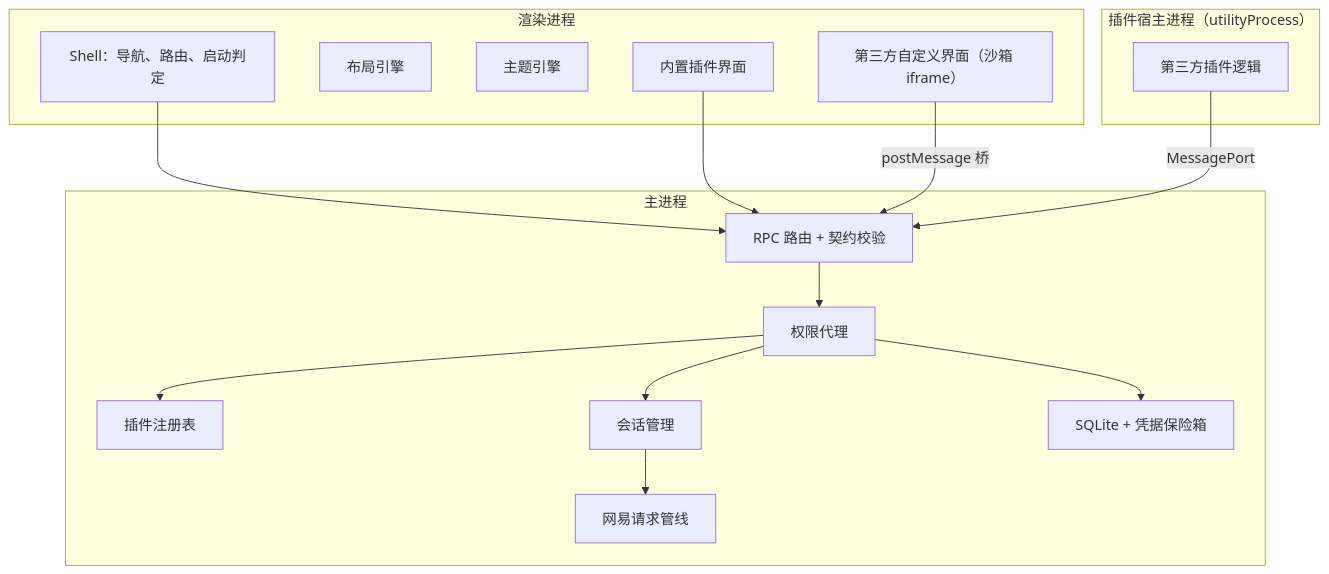
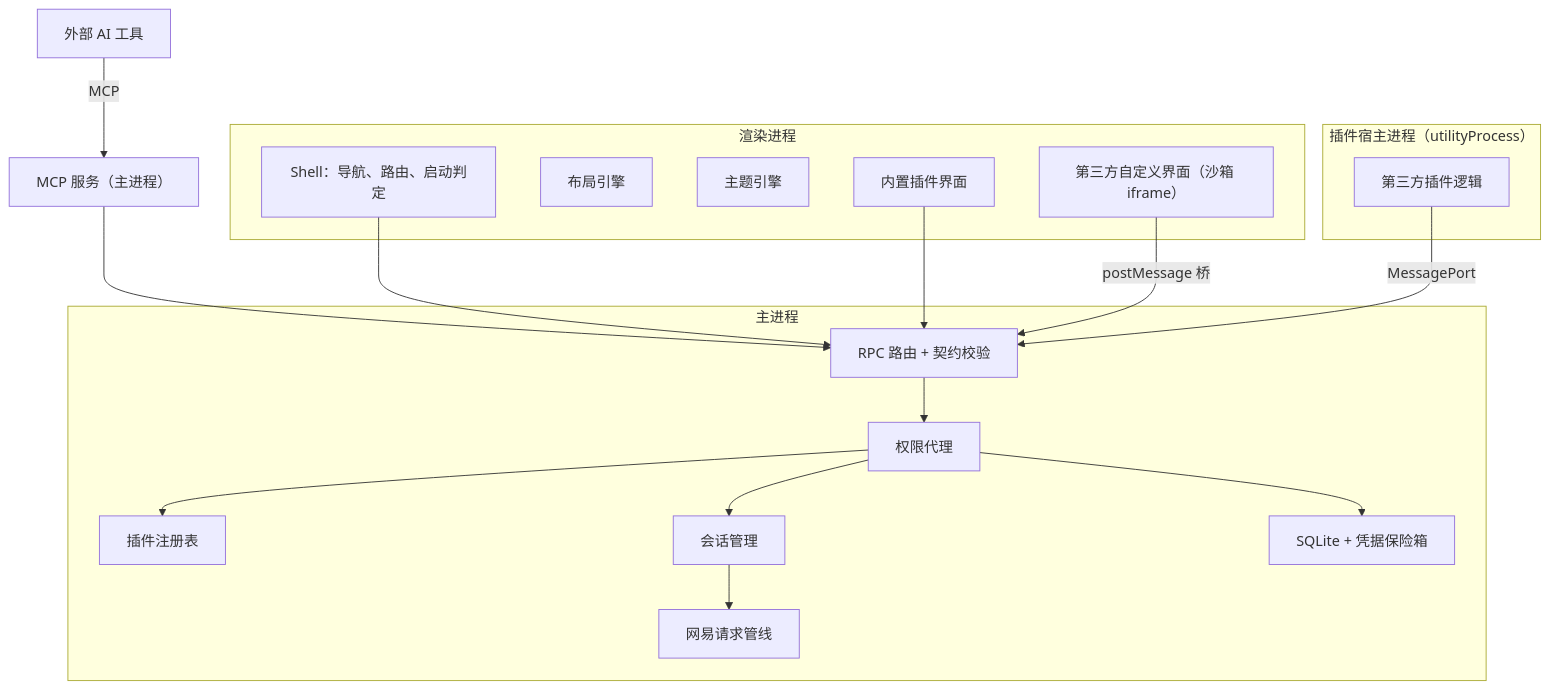
Before and after one commit to GlazeCatTeam/GlazeMCDevManager: the diagram in docs/architecture/README.md, drawn with Mermaid. The commit also changed other lines of this file and 19 other files, not shown here.

````diff
--- a/docs/architecture/README.md
+++ b/docs/architecture/README.md
@@ -18,28 +19,30 @@
 ```mermaid
 flowchart TD
     subgraph Renderer["渲染进程"]
         SHELL["Shell：导航、路由、启动判定"]
         LAYOUT["布局引擎"]
         THEME["主题引擎"]
         BUI["内置插件界面"]
         SANDBOX["第三方自定义界面（沙箱 iframe）"]
     end
     subgraph Main["主进程"]
         RPC["RPC 路由 + 契约校验"]
         PERM["权限代理"]
         REG["插件注册表"]
         SESSION["会话管理"]
         NETEASE["网易请求管线"]
         STORAGE["SQLite + 凭据保险箱"]
     end
     subgraph PluginHost["插件宿主进程（utilityProcess）"]
         PW["第三方插件逻辑"]
     end
+    AI["外部 AI 工具"] -->|MCP| MCPS["MCP 服务（主进程）"]
+    MCPS --> RPC
     SHELL --> RPC
     BUI --> RPC
     SANDBOX -->|postMessage 桥| RPC
     PW -->|MessagePort| RPC
     RPC --> PERM --> REG
     PERM --> SESSION --> NETEASE
     PERM --> STORAGE
 ```
````
